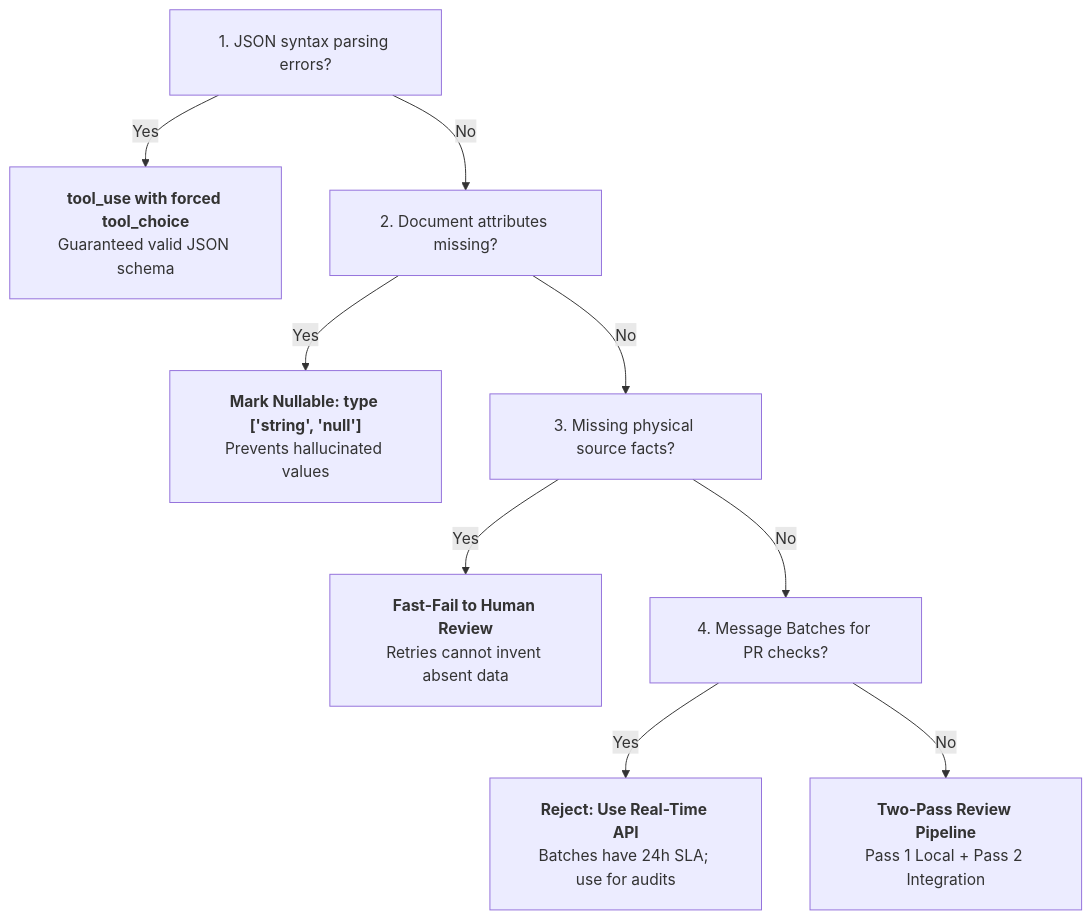
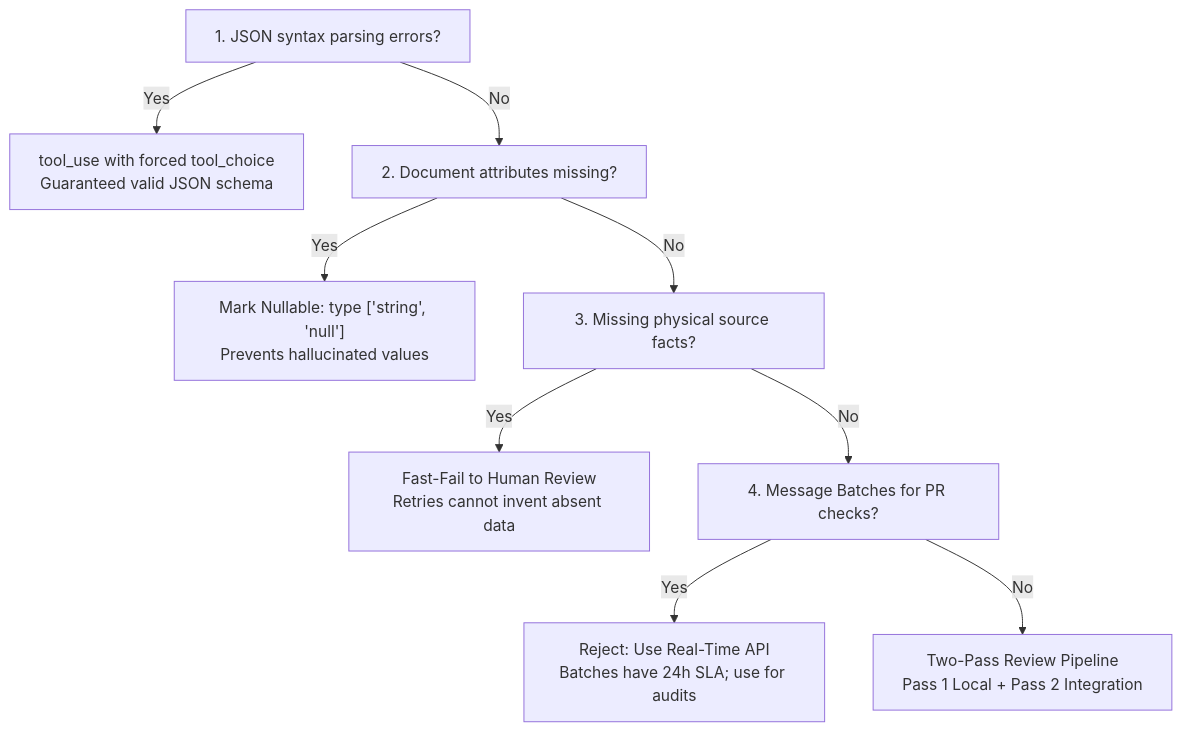
Before and after one commit to dip4k/claude_cert_architect_foundation_prep: the diagram in domain4/README.md, drawn with Mermaid. The commit also changed 31 other files, not shown here.

First line of the commit message:
docs(diagrams): fix GitHub Mermaid rendering cut-off, wrappingWidth, and entity escapes across all 32 docs

````diff
--- a/domain4/README.md
+++ b/domain4/README.md
@@ -119,12 +119,12 @@
 ```mermaid
-%%{init: {"flowchart": {"htmlLabels": true, "padding": 20}}}%%
+%%{init: {"flowchart": {"htmlLabels": true, "wrappingWidth": 250}}}%%
 flowchart TD
-    Q1["1. JSON syntax parsing errors?"] -->|Yes| A1["<b>tool_use with forced tool_choice</b><br/>Guaranteed valid JSON schema"]
+    Q1["1. JSON syntax parsing errors?"] -->|Yes| A1["tool_use with forced tool_choice<br/>Guaranteed valid JSON schema"]
     Q1 -->|No| Q2["2. Document attributes missing?"]
-    Q2 -->|Yes| A2["<b>Mark Nullable: type ['string', 'null']</b><br/>Prevents hallucinated values"]
+    Q2 -->|Yes| A2["Mark Nullable: type ['string', 'null']<br/>Prevents hallucinated values"]
     Q2 -->|No| Q3["3. Missing physical source facts?"]
-    Q3 -->|Yes| A3["<b>Fast-Fail to Human Review</b><br/>Retries cannot invent absent data"]
+    Q3 -->|Yes| A3["Fast-Fail to Human Review<br/>Retries cannot invent absent data"]
     Q3 -->|No| Q4["4. Message Batches for PR checks?"]
-    Q4 -->|Yes| A4["<b>Reject: Use Real-Time API</b><br/>Batches have 24h SLA; use for audits"]
-    Q4 -->|No| A5["<b>Two-Pass Review Pipeline</b><br/>Pass 1 Local + Pass 2 Integration"]
+    Q4 -->|Yes| A4["Reject: Use Real-Time API<br/>Batches have 24h SLA; use for audits"]
+    Q4 -->|No| A5["Two-Pass Review Pipeline<br/>Pass 1 Local + Pass 2 Integration"]
 ```
````
